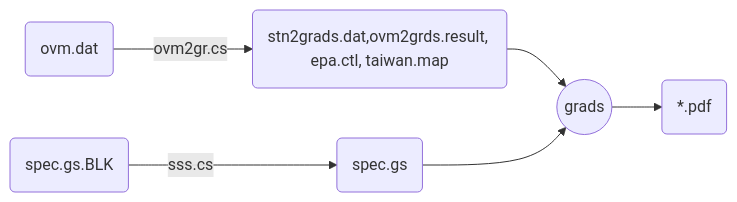
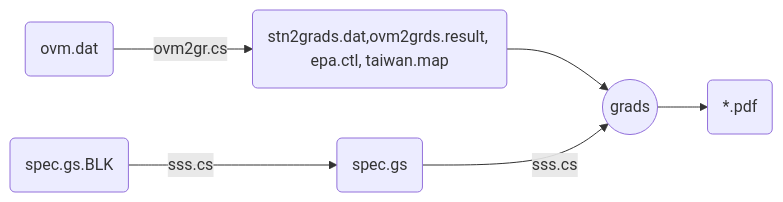
One commit to sinotec2/FAQ changed the diagram in _posts/2022-07-21-ovm2grads.md. Above: the diagram before and after it, drawn with Mermaid.

````diff
--- a/_posts/2022-07-21-ovm2grads.md
+++ b/_posts/2022-07-21-ovm2grads.md
@@ -21,8 +21,8 @@
 ```mermaid
 graph LR
     A(ovm.dat) -- ovm2gr.cs --> B(stn2grads.dat,ovm2grds.result, epa.ctl, taiwan.map)
     D(spec.gs.BLK) -- sss.cs --> C(spec.gs)
     B --> E((grads))
-    C --> E
+    C -- sss.cs --> E
     E --> F(*.pdf)
 ```
````
